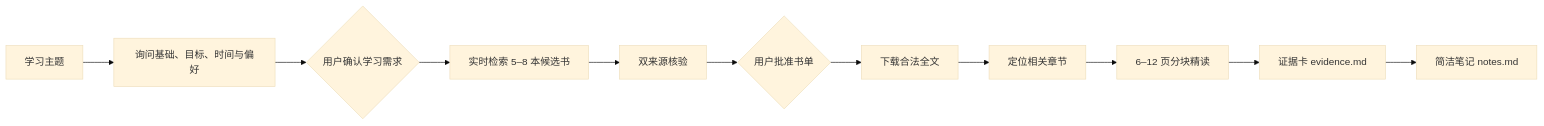
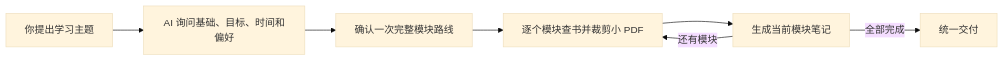
The diagram in README.md (guan695/build-book-study-notes), drawn with Mermaid (base theme) before and after one commit. The commit also changed other lines of this file and 5 other files, not shown here.

````diff
--- a/README.md
+++ b/README.md
@@ -36,13 +22,9 @@
 ```mermaid
 flowchart LR
-    A["学习主题"] --> B["询问基础、目标、时间与偏好"]
-    B --> C{"用户确认学习需求"}
-    C --> D["实时检索 5–8 本候选书"]
-    D --> E["双来源核验"]
-    E --> F{"用户批准书单"}
-    F --> G["下载合法全文"]
-    G --> H["定位相关章节"]
-    H --> I["6–12 页分块精读"]
-    I --> J["证据卡 evidence.md"]
-    J --> K["简洁笔记 notes.md"]
+    A["你提出学习主题"] --> B["AI 询问基础、目标、时间和偏好"]
+    B --> C["确认一次完整模块路线"]
+    C --> D["逐个模块查书并裁剪小 PDF"]
+    D --> E["生成当前模块笔记"]
+    E -->|"还有模块"| D
+    E -->|"全部完成"| F["统一交付"]
 ```
````
